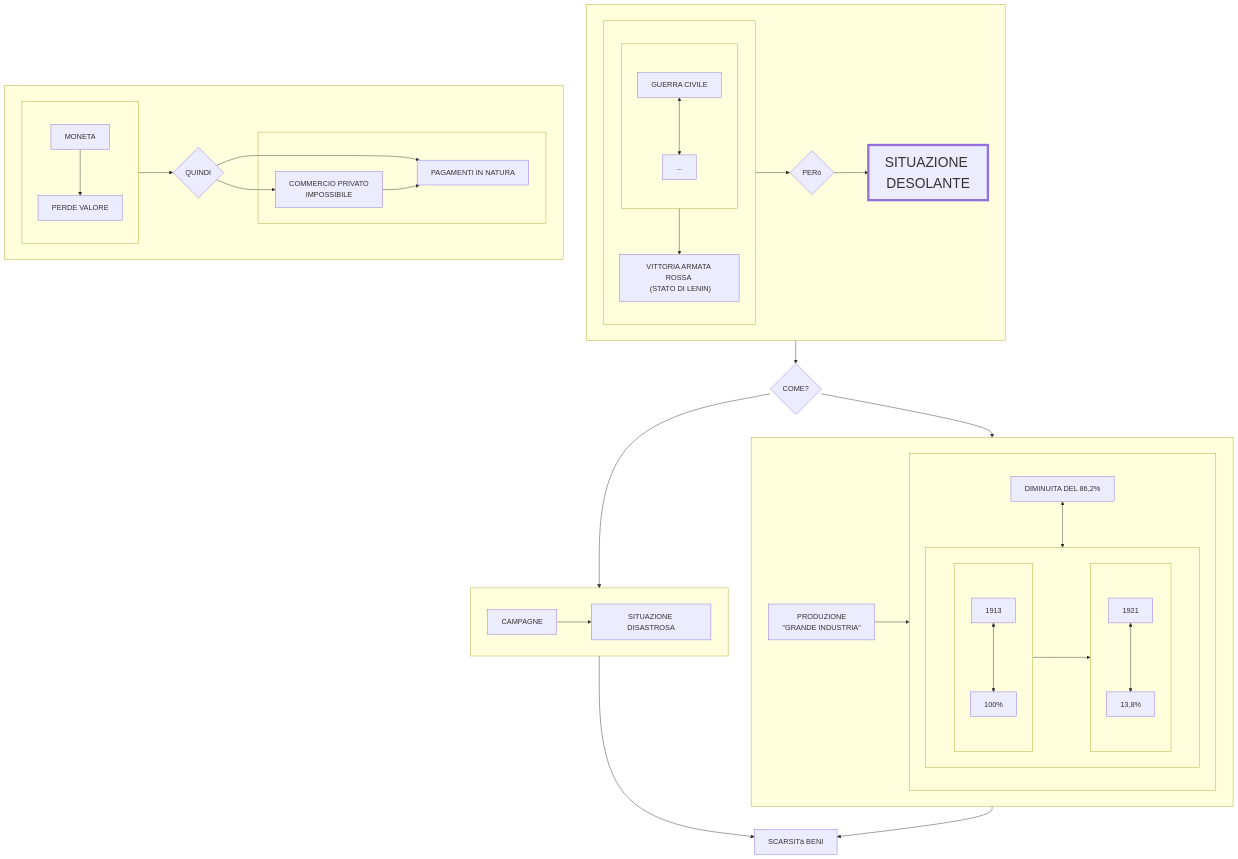
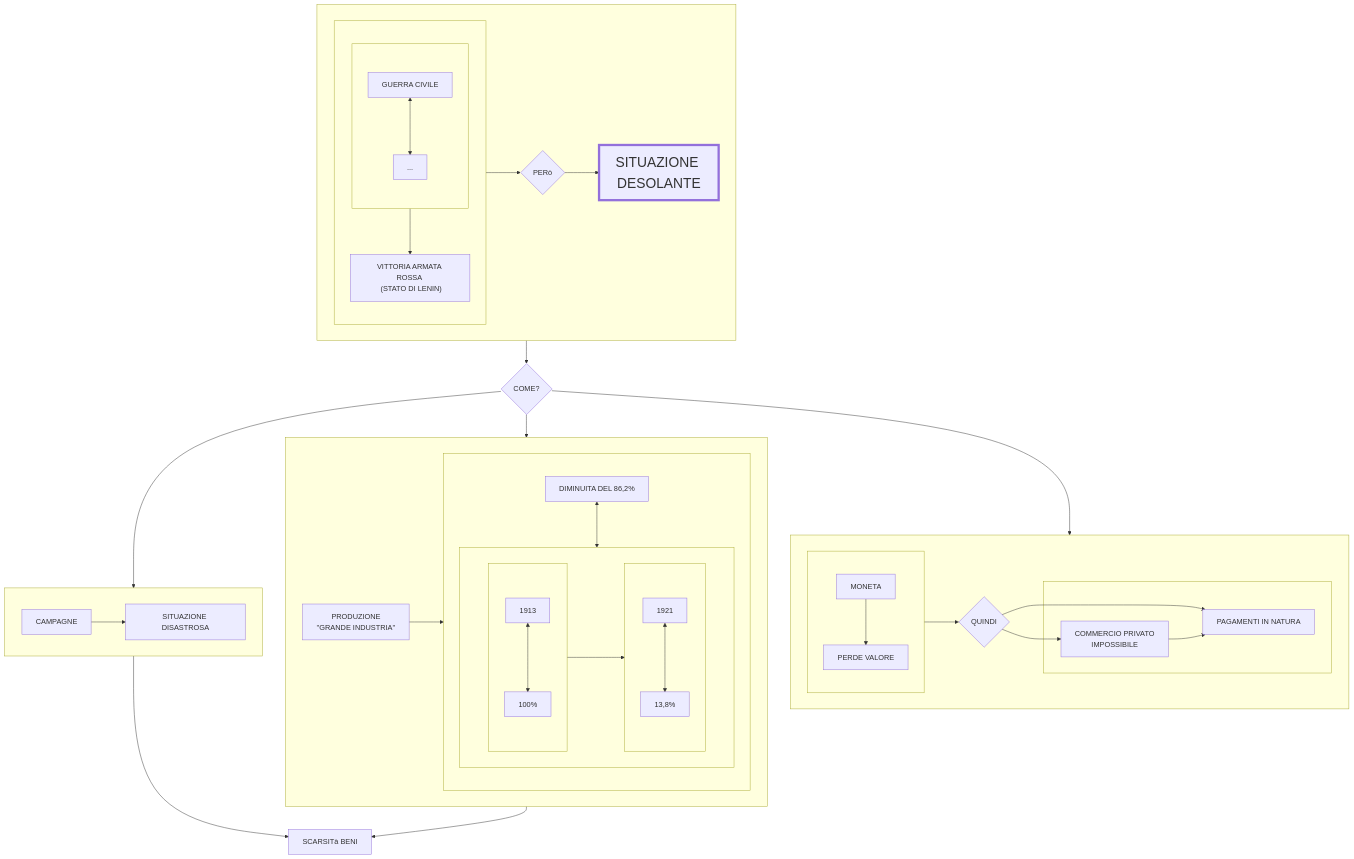
The diagram in prova.md (Laaouatni/ricerca-storia-MermaidJS), drawn with Mermaid before and after one commit.

````diff
--- a/prova.md
+++ b/prova.md
@@ -1,68 +1,69 @@
 ```mermaid
 flowchart TB
     classDef classGrande font-size: 30px, stroke-width: 5px;
     subgraph 017[" "]
       subgraph 016[" "]
         subgraph 01[" "]
           010[GUERRA CIVILE]
           0100[...]
           010 <--> 0100
         end
         011["VITTORIA ARMATA ROSSA <br> (STATO DI LENIN)"]
         01 --> 011
       end
       016 --> 012 --> 013
       012{PERò}
       013[SITUAZIONE DESOLANTE]:::classGrande
     end
     %% 013 --> 014
        017 --> 014
     014{COME?}
     subgraph 2[" "]
       20[PRODUZIONE <br> ''GRANDE INDUSTRIA'']
       subgraph 21[" "]
         200[DIMINUITA DEL 86,2%]
         subgraph 210[" "]
           direction LR;
           subgraph 22[" "]
             direction TB;
             220[1913]
             221[100%]
             220 <-->221
           end
           subgraph 23[" "]
             direction TB;
             230[1921]
             231[13,8%]
             230 <--> 231
           end
           22 --> 23
         end
         200 <--> 210
       end
       20 --> 21
     end
     014 --> 2
     subgraph 3[" "]
       30[CAMPAGNE]
       31[SITUAZIONE DISASTROSA]
       30 --> 31
     end
     014 --> 3
     4[SCARSITà BENI]
     3 & 2 --> 4
     subgraph 5[" "]
       subgraph 50[" "]
         500[MONETA]
         501[PERDE VALORE]
         500 --> 501
       end
       51{QUINDI}
       subgraph 54[" "]
         52[PAGAMENTI IN NATURA]
         53[COMMERCIO PRIVATO <br> IMPOSSIBILE]
       end
       50 --> 51 --> 52 & 53
       53 --> 52
     end
+    014 --> 5
 ```
````
